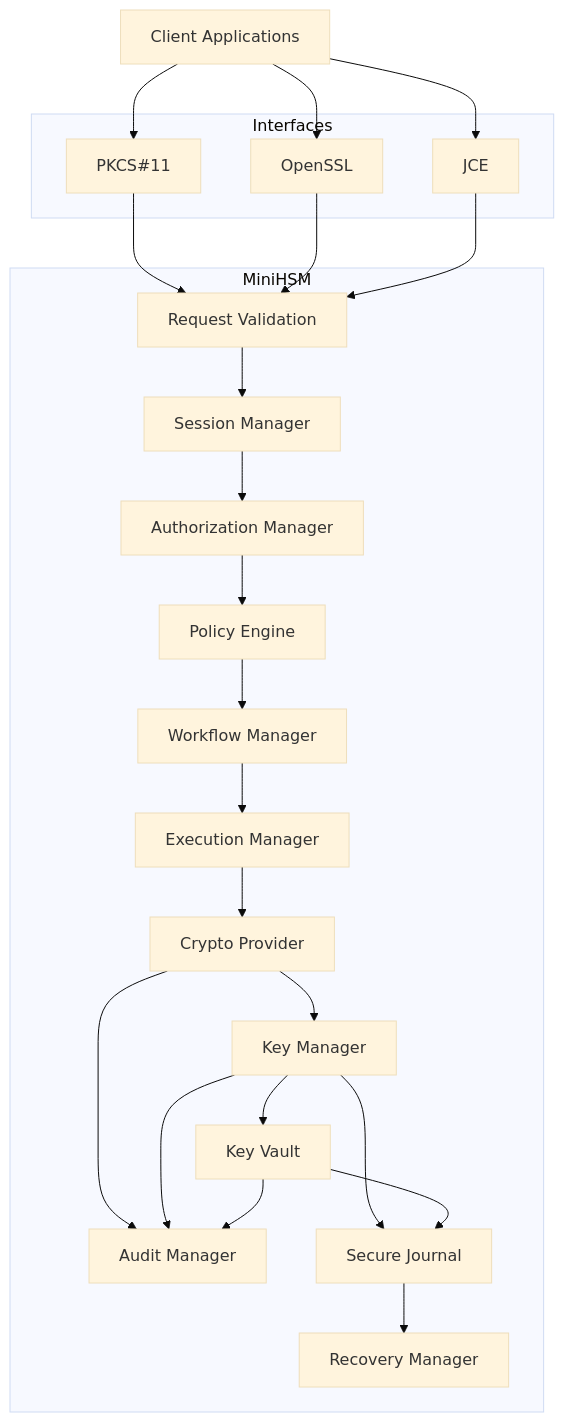
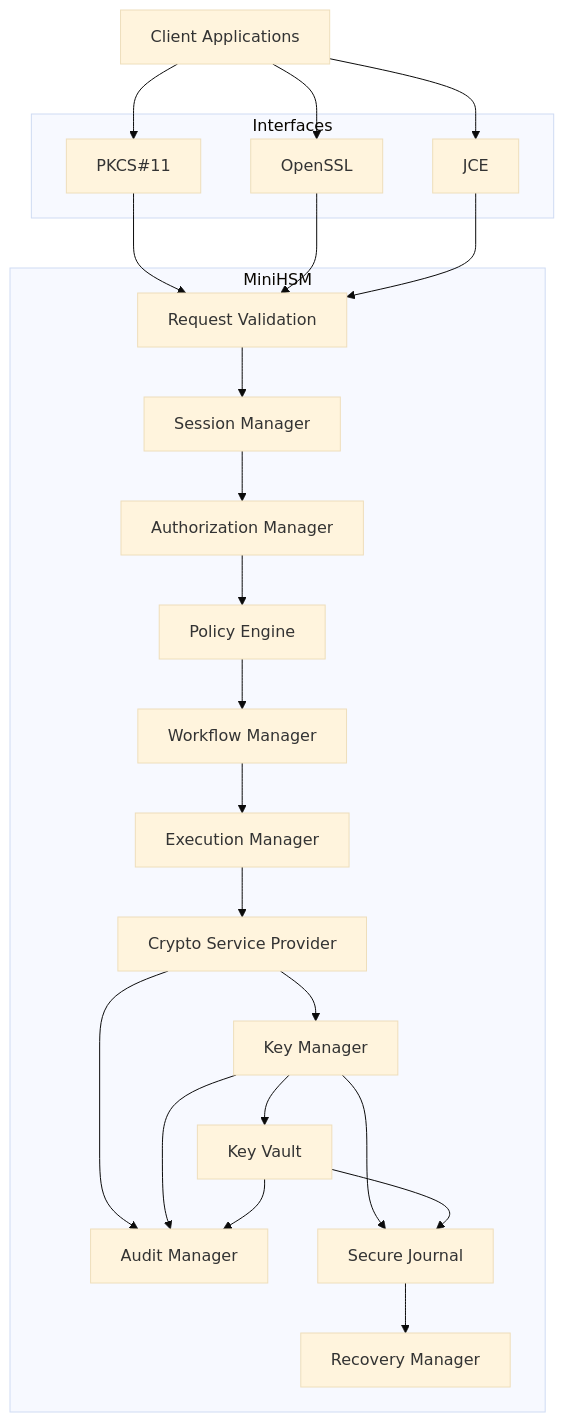
One commit to mithilRokdey/MiniHSM changed the diagram in docs/01_High_Level_Architecture.md. Above: the diagram before and after it, drawn with Mermaid (base theme).

Commit message:
Rename Crypto Provider to Crypto Service Provider

````diff
--- a/docs/01_High_Level_Architecture.md
+++ b/docs/01_High_Level_Architecture.md
@@ -5,66 +5,66 @@
 ```mermaid
 flowchart TB
 
 A[Client Applications]
 
 subgraph Interfaces
 B[PKCS#11]
 C[OpenSSL]
 D[JCE]
 end
 
 A --> B
 A --> C
 A --> D
 
 B --> E
 C --> E
 D --> E
 
 subgraph MiniHSM
 
 E[Request Validation]
 
 F[Session Manager]
 
 G[Authorization Manager]
 
 H[Policy Engine]
 
 I[Workflow Manager]
 
 J[Execution Manager]
 
-K[Crypto Provider]
+K[Crypto Service Provider]
 
 L[Key Manager]
 
 M[Key Vault]
 
 N[Audit Manager]
 
 O[Recovery Manager]
 
 P[Secure Journal]
 
 end
 
 E --> F
 F --> G
 G --> H
 H --> I
 I --> J
 J --> K
 
 K --> L
 L --> M
 
 K --> N
 L --> N
 M --> N
 
 L --> P
 M --> P
 
 P --> O
 ```
````
